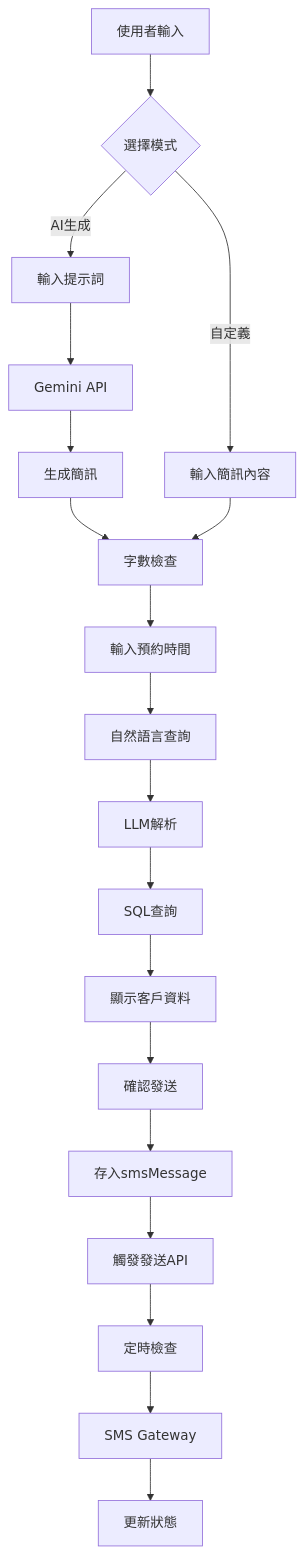
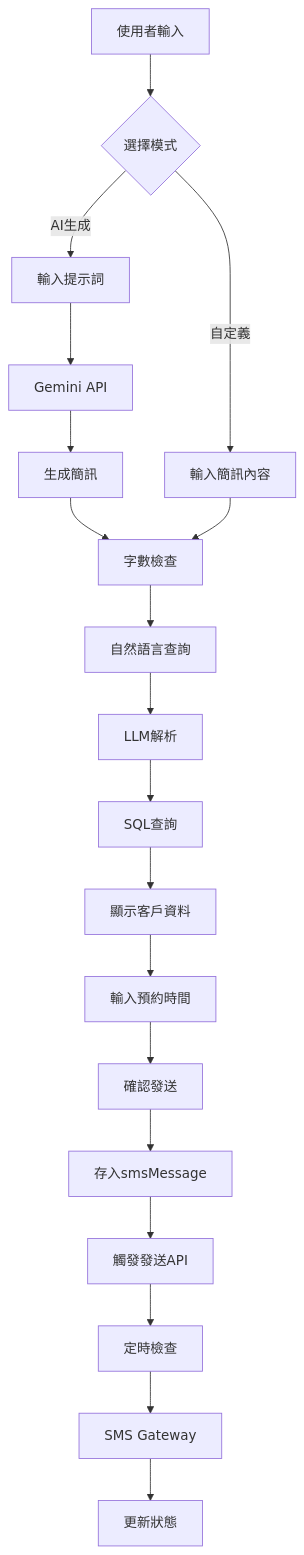
Before and after one commit to Benny418/EASY_NL_SMS_SYSTEM: the second of 5 diagrams in README.md, drawn with Mermaid.

````diff
--- a/README.md
+++ b/README.md
@@ -77,21 +77,21 @@
 ```mermaid
 flowchart TD
     A[使用者輸入] --> B{選擇模式}
     B -->|AI生成| C[輸入提示詞]
     B -->|自定義| D[輸入簡訊內容]
     C --> E[Gemini API]
     E --> F[生成簡訊]
     F --> G[字數檢查]
     D --> G
-    G --> H[輸入預約時間]
-    H --> I[自然語言查詢]
-    I --> J[LLM解析]
-    J --> K[SQL查詢]
-    K --> L[顯示客戶資料]
+    G --> H[自然語言查詢]
+    H --> I[LLM解析]
+    I --> J[SQL查詢]
+    J --> K[顯示客戶資料]
+    K --> L[輸入預約時間]
     L --> M[確認發送]
     M --> N[存入smsMessage]
     N --> O[觸發發送API]
     O --> P[定時檢查]
     P --> Q[SMS Gateway]
     Q --> R[更新狀態]
 ```
````
